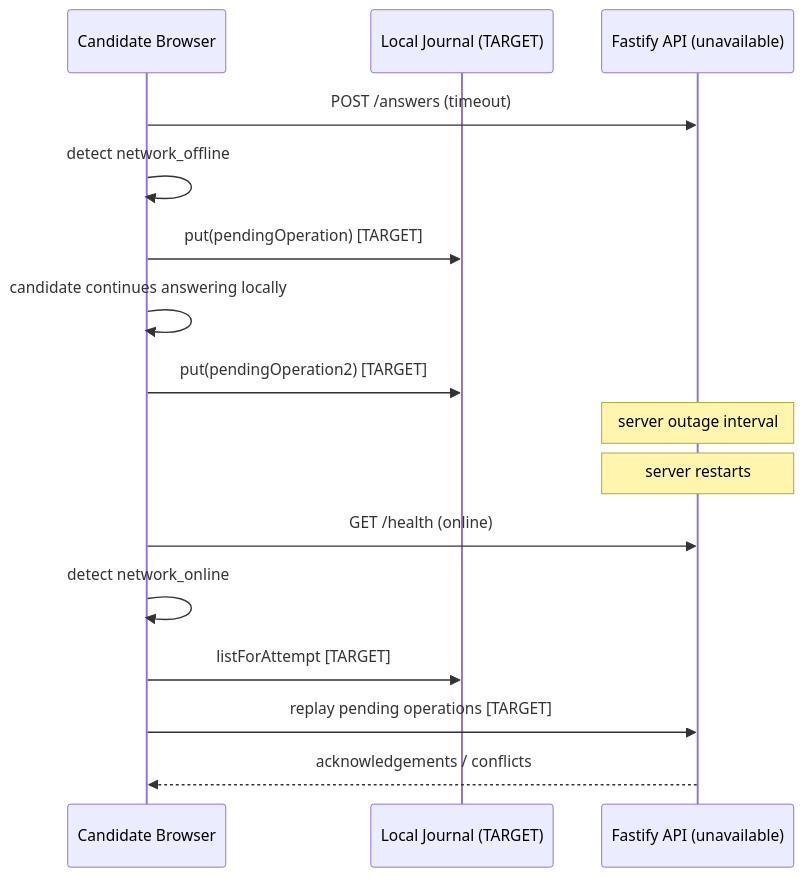
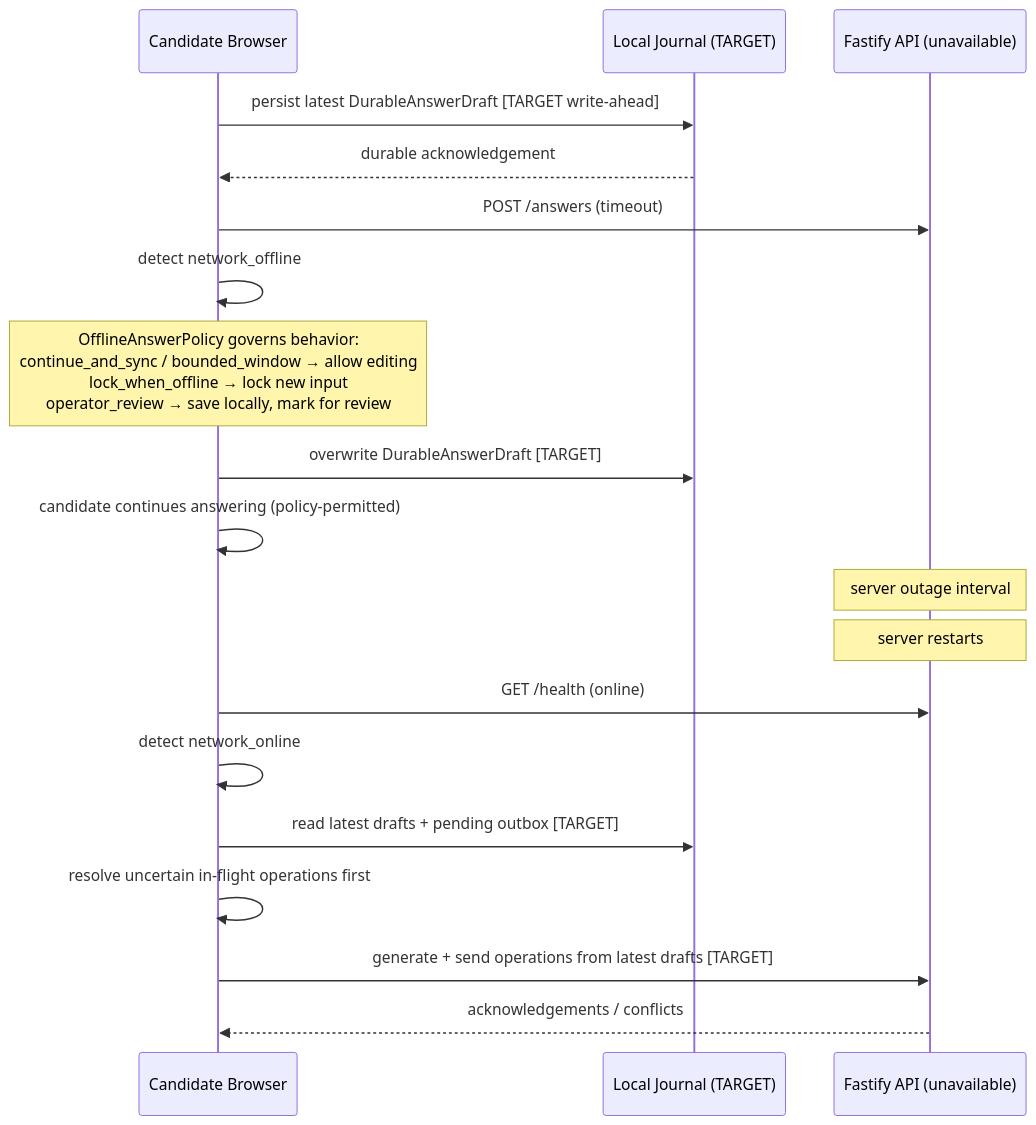
Before and after one commit to jnhu76/exam: the sixth of 7 diagrams in docs/architecture/exam-system/candidate-recovery.md, drawn with Mermaid. The commit also changed other lines of this file and 5 other files, not shown here.

````diff
--- a/docs/architecture/exam-system/candidate-recovery.md
+++ b/docs/architecture/exam-system/candidate-recovery.md
@@ -133,19 +135,22 @@
 ```mermaid
 sequenceDiagram
     participant C as Candidate Browser
     participant J as Local Journal (TARGET)
     participant API as Fastify API (unavailable)
 
+    C->>J: persist latest DurableAnswerDraft [TARGET write-ahead]
+    J-->>C: durable acknowledgement
     C->>API: POST /answers (timeout)
     C->>C: detect network_offline
-    C->>J: put(pendingOperation) [TARGET]
-    C->>C: candidate continues answering locally
-    C->>J: put(pendingOperation2) [TARGET]
+    Note over C: OfflineAnswerPolicy governs behavior:<br/>continue_and_sync / bounded_window → allow editing<br/>lock_when_offline → lock new input<br/>operator_review → save locally, mark for review
+    C->>J: overwrite DurableAnswerDraft [TARGET]
+    C->>C: candidate continues answering (policy-permitted)
     Note over API: server outage interval
     Note over API: server restarts
     C->>API: GET /health (online)
     C->>C: detect network_online
-    C->>J: listForAttempt [TARGET]
-    C->>API: replay pending operations [TARGET]
+    C->>J: read latest drafts + pending outbox [TARGET]
+    C->>C: resolve uncertain in-flight operations first
+    C->>API: generate + send operations from latest drafts [TARGET]
     API-->>C: acknowledgements / conflicts
 ```
````
